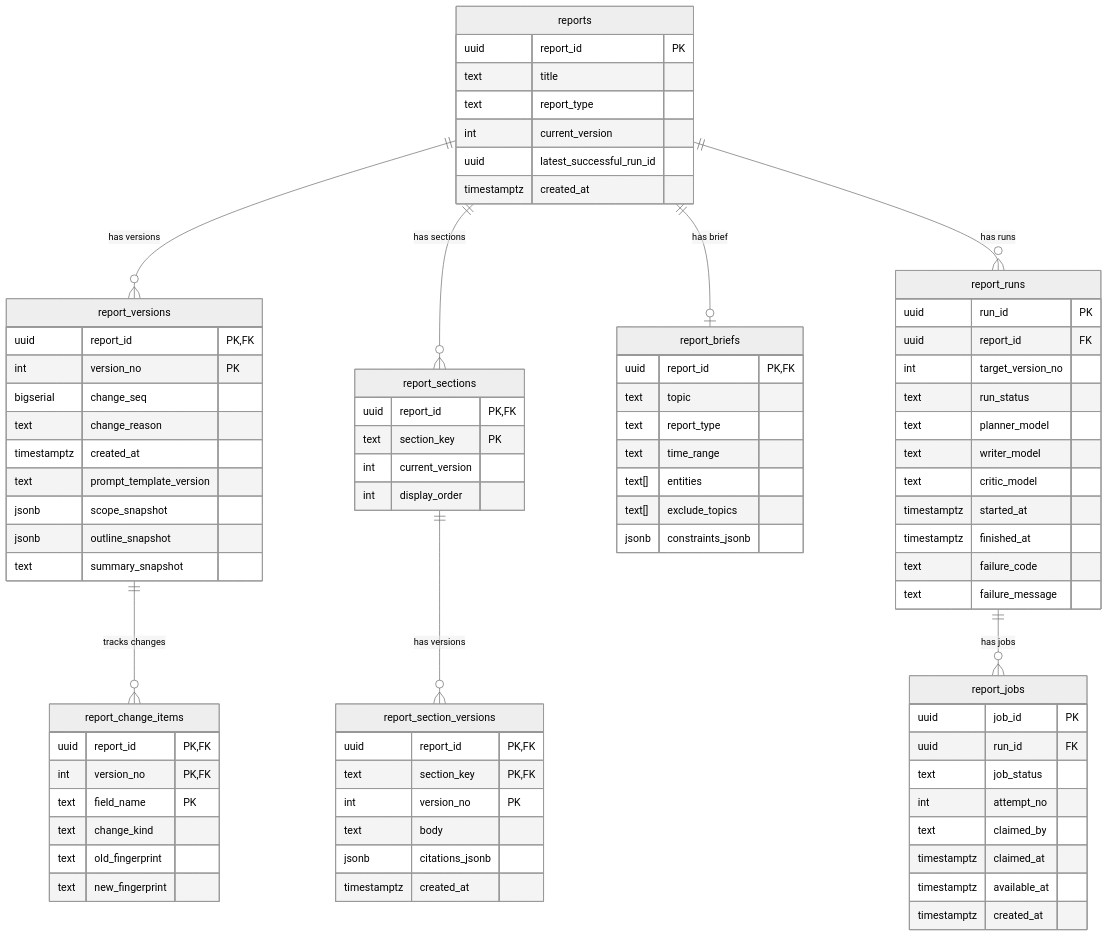
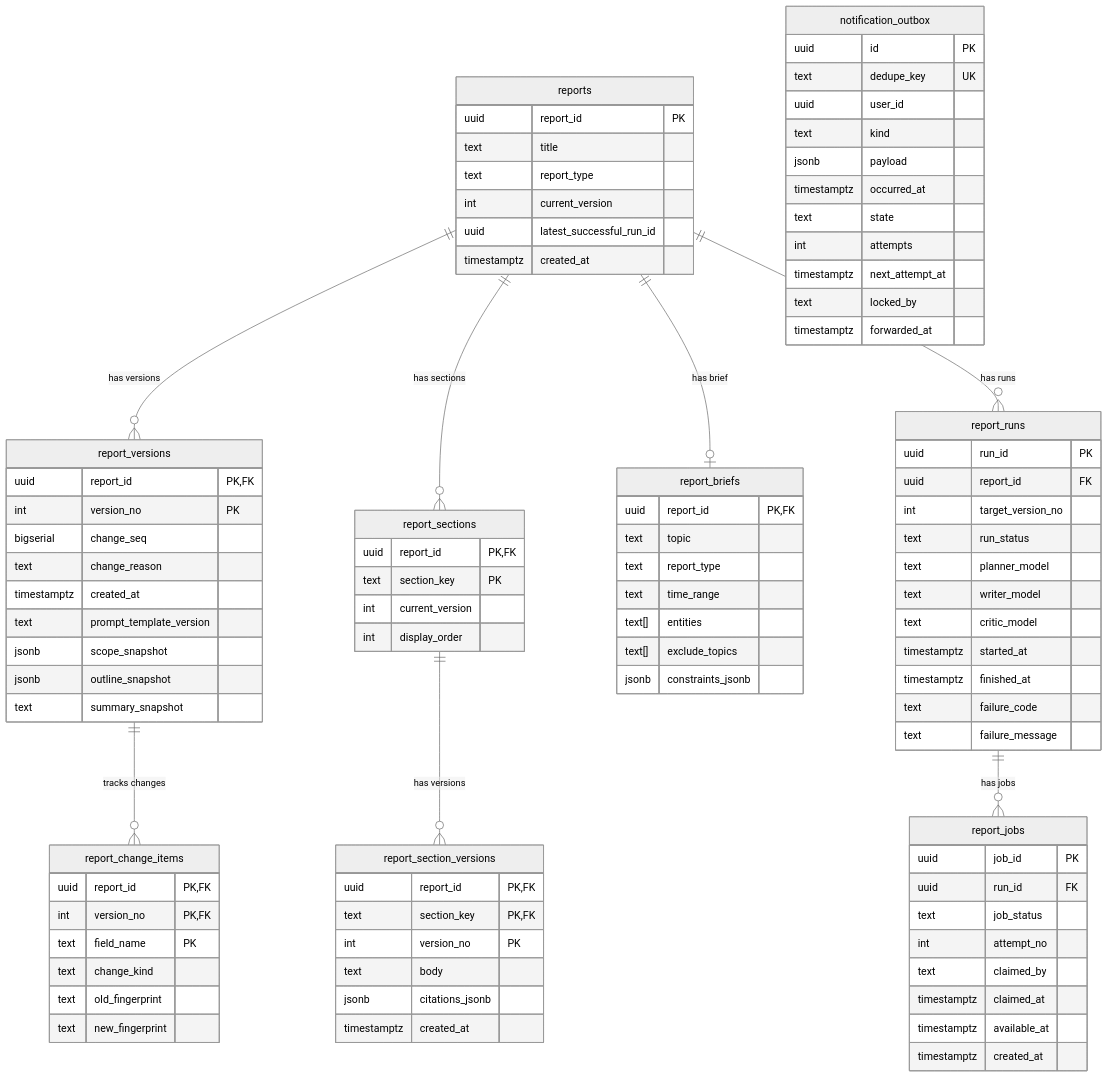
Before and after one commit to Kaikei-e/Alt: the diagram in docs/services/acolyte-db.md, drawn with Mermaid (neutral theme). The commit also changed other lines of this file and 76 other files, not shown here.

```diff
--- a/docs/services/acolyte-db.md
+++ b/docs/services/acolyte-db.md
@@ -23,6 +24,20 @@
     report_versions ||--o{ report_change_items : "tracks changes"
     report_sections ||--o{ report_section_versions : "has versions"
     report_runs ||--o{ report_jobs : "has jobs"
+
+    notification_outbox {
+        uuid id PK
+        text dedupe_key UK
+        uuid user_id
+        text kind
+        jsonb payload
+        timestamptz occurred_at
+        text state
+        int attempts
+        timestamptz next_attempt_at
+        text locked_by
+        timestamptz forwarded_at
+    }
 
     reports {
         uuid report_id PK
```
